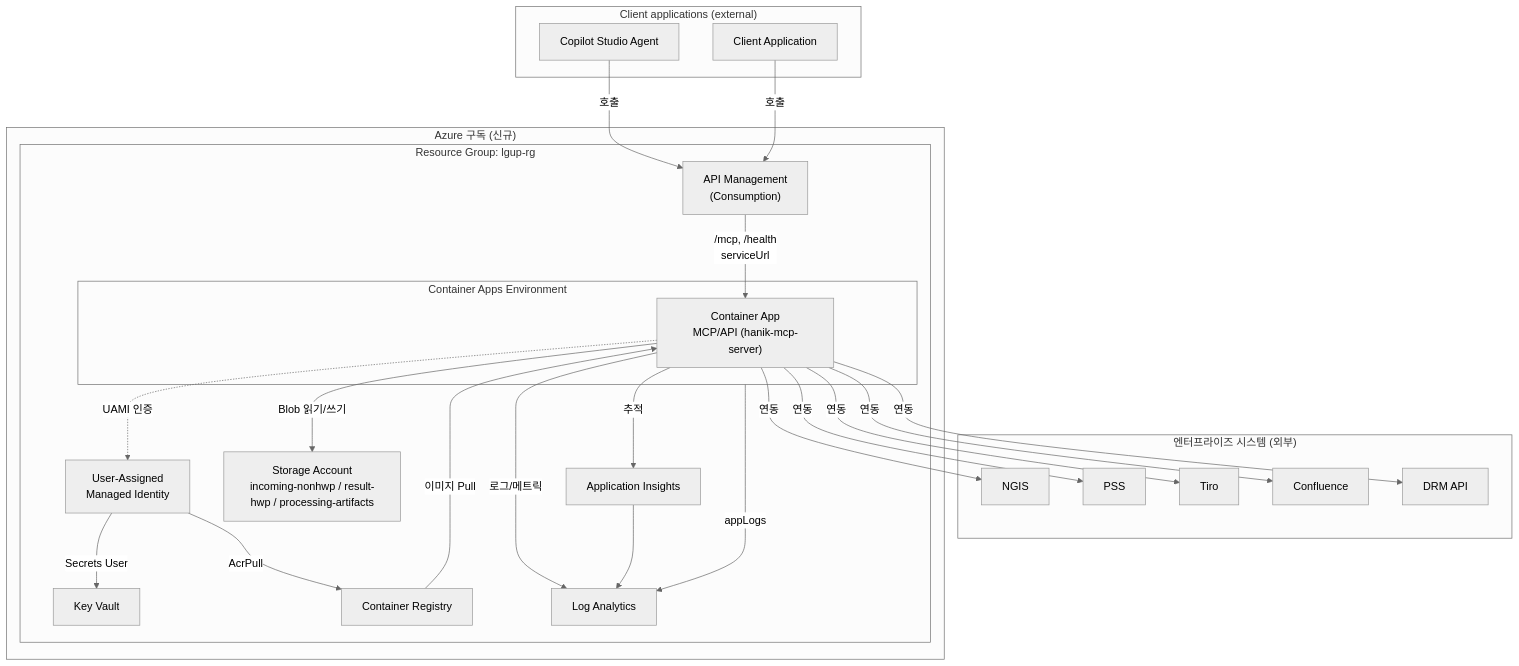
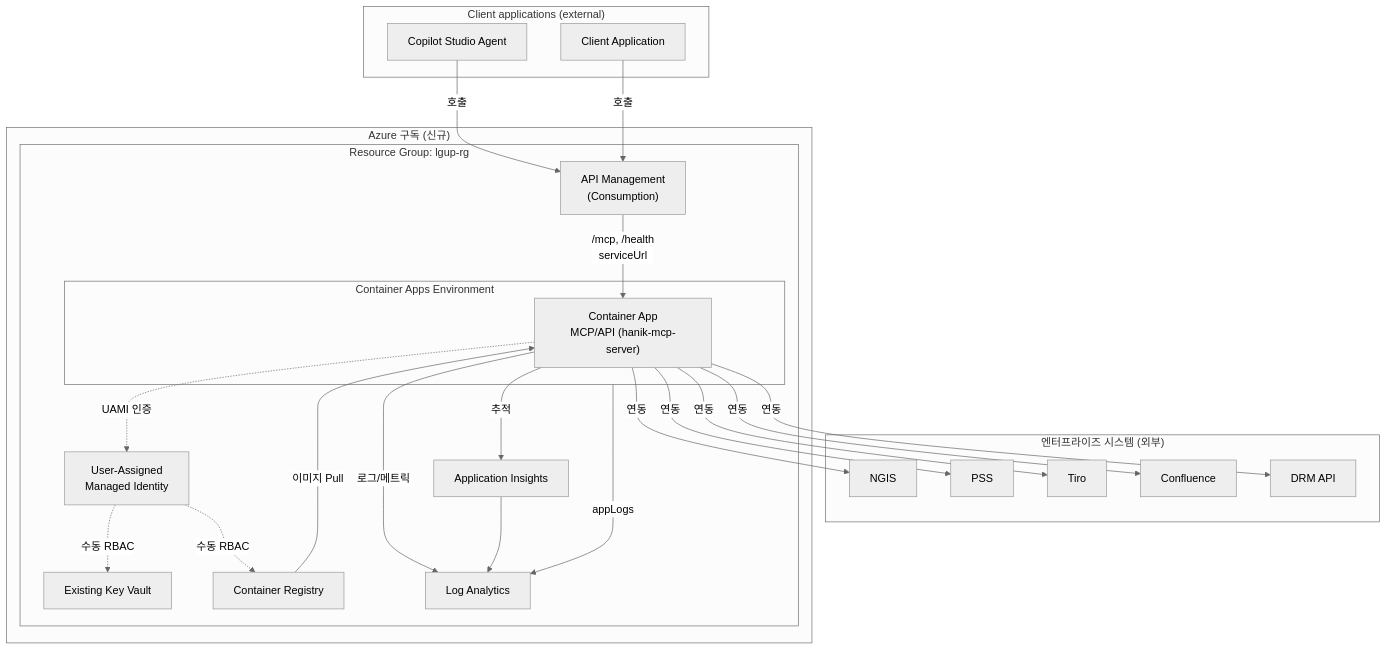
Before and after one commit to MSFT-AI-BUILD-INTERNAL/lgup-m365-mcp: the first of 2 diagrams in docs/azure-deployment-guide.md, drawn with Mermaid (neutral theme). The commit also changed other lines of this file and 14 other files, not shown here.

````diff
--- a/docs/azure-deployment-guide.md
+++ b/docs/azure-deployment-guide.md
@@ -46,53 +46,51 @@
 ```mermaid
 flowchart TB
     subgraph CLIENT["Client applications (external)"]
         CS[Copilot Studio Agent]
         CA[Client Application]
     end
 
     subgraph ENT["엔터프라이즈 시스템 (외부)"]
         NGIS[NGIS]
         PSS[PSS]
         TIRO[Tiro]
         CONF[Confluence]
         DRM[DRM API]
     end
 
     subgraph SUB["Azure 구독 (신규)"]
         subgraph RG["Resource Group: lgup-rg"]
             APIM["API Management<br/>(Consumption)"]
 
             subgraph CAE["Container Apps Environment"]
                 APP["Container App<br/>MCP/API (hanik-mcp-server)"]
             end
 
             UAMI["User-Assigned<br/>Managed Identity"]
-            KV["Key Vault"]
-            ST["Storage Account<br/>incoming-nonhwp / result-hwp / processing-artifacts"]
+            KV["Existing Key Vault"]
             ACR["Container Registry"]
             LAW["Log Analytics"]
             APPI["Application Insights"]
         end
     end
 
     CS -->|호출| APIM
     CA -->|호출| APIM
     APIM -->|"/mcp, /health<br/>serviceUrl"| APP
 
     APP -.->|UAMI 인증| UAMI
-    UAMI -->|Secrets User| KV
-    UAMI -->|AcrPull| ACR
+    UAMI -.->|수동 RBAC| KV
+    UAMI -.->|수동 RBAC| ACR
     ACR -->|이미지 Pull| APP
 
-    APP -->|Blob 읽기/쓰기| ST
     APP -->|로그/메트릭| LAW
     APP -->|추적| APPI
     APPI --> LAW
     CAE -->|appLogs| LAW
 
     APP -->|연동| NGIS
     APP -->|연동| PSS
     APP -->|연동| TIRO
     APP -->|연동| CONF
     APP -->|연동| DRM
 ```
````
